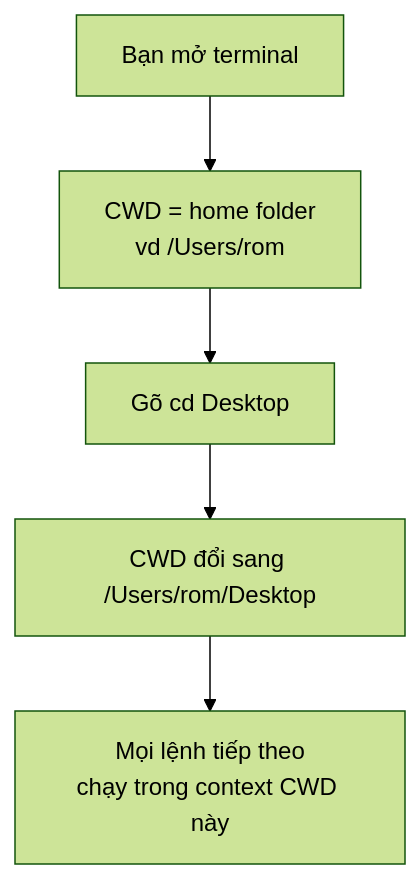
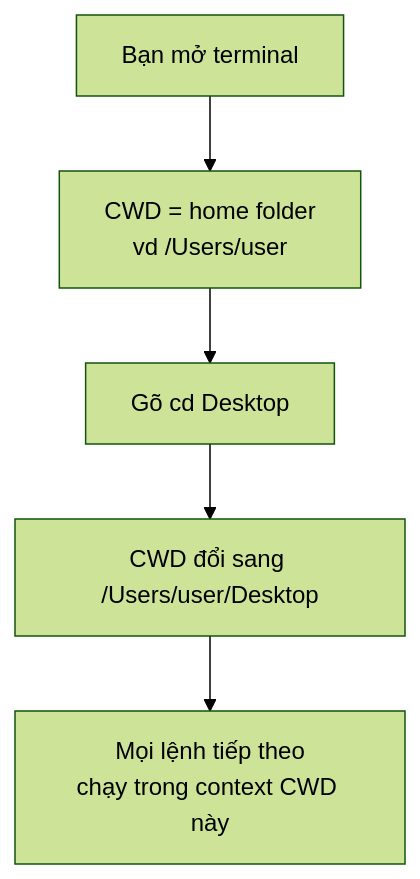
The diagram in 01_Foundations/computing-environment/lessons/01_basic/02_filesystem-concept.md (thanhdevops95/Dev-knowledge), drawn with Mermaid (forest theme) before and after one commit. The commit also changed other lines of this file and 234 other files, not shown here.

````diff
--- a/01_Foundations/computing-environment/lessons/01_basic/02_filesystem-concept.md
+++ b/01_Foundations/computing-environment/lessons/01_basic/02_filesystem-concept.md
@@ -176,7 +182,7 @@
 ```mermaid
 graph TD
-    A[Bạn mở terminal] --> B[CWD = home folder<br/>vd /Users/rom]
+    A[Bạn mở terminal] --> B[CWD = home folder<br/>vd /Users/user]
     B --> C[Gõ cd Desktop]
-    C --> D[CWD đổi sang /Users/rom/Desktop]
+    C --> D[CWD đổi sang /Users/user/Desktop]
     D --> E[Mọi lệnh tiếp theo<br/>chạy trong context CWD này]
 ```
````
